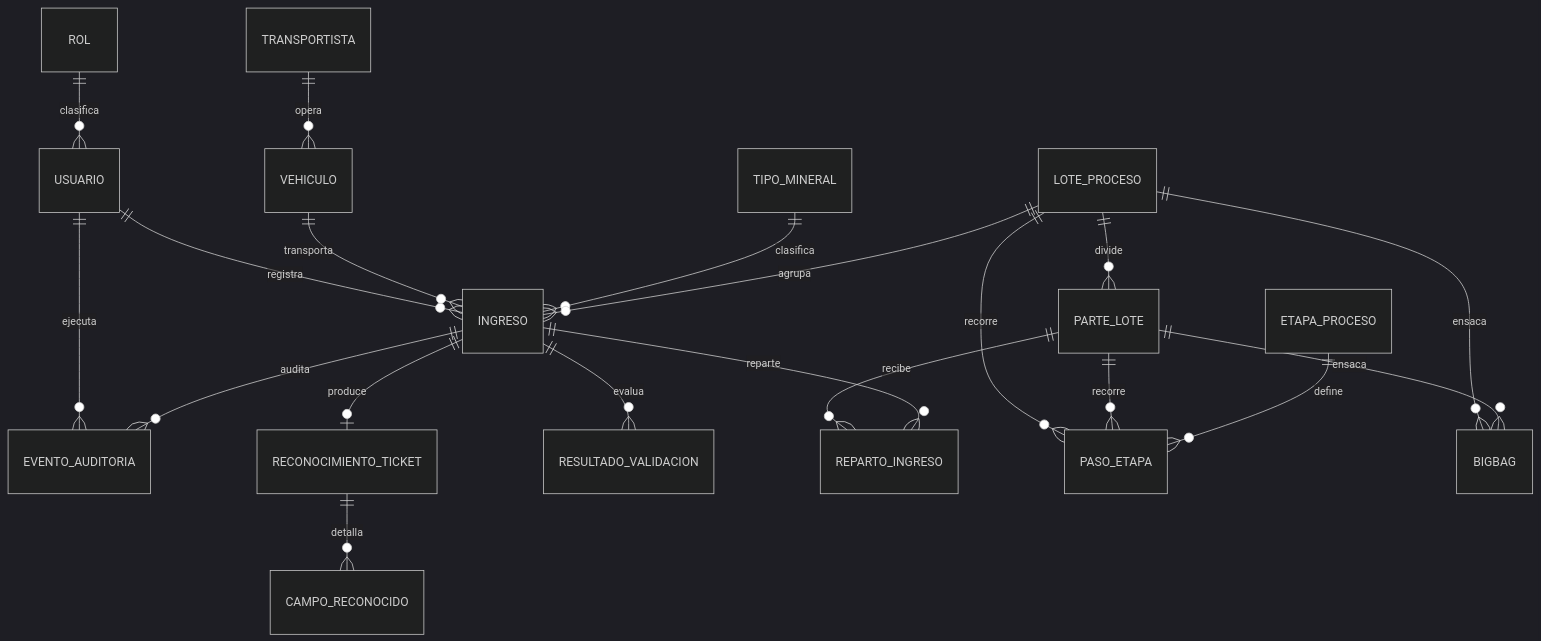
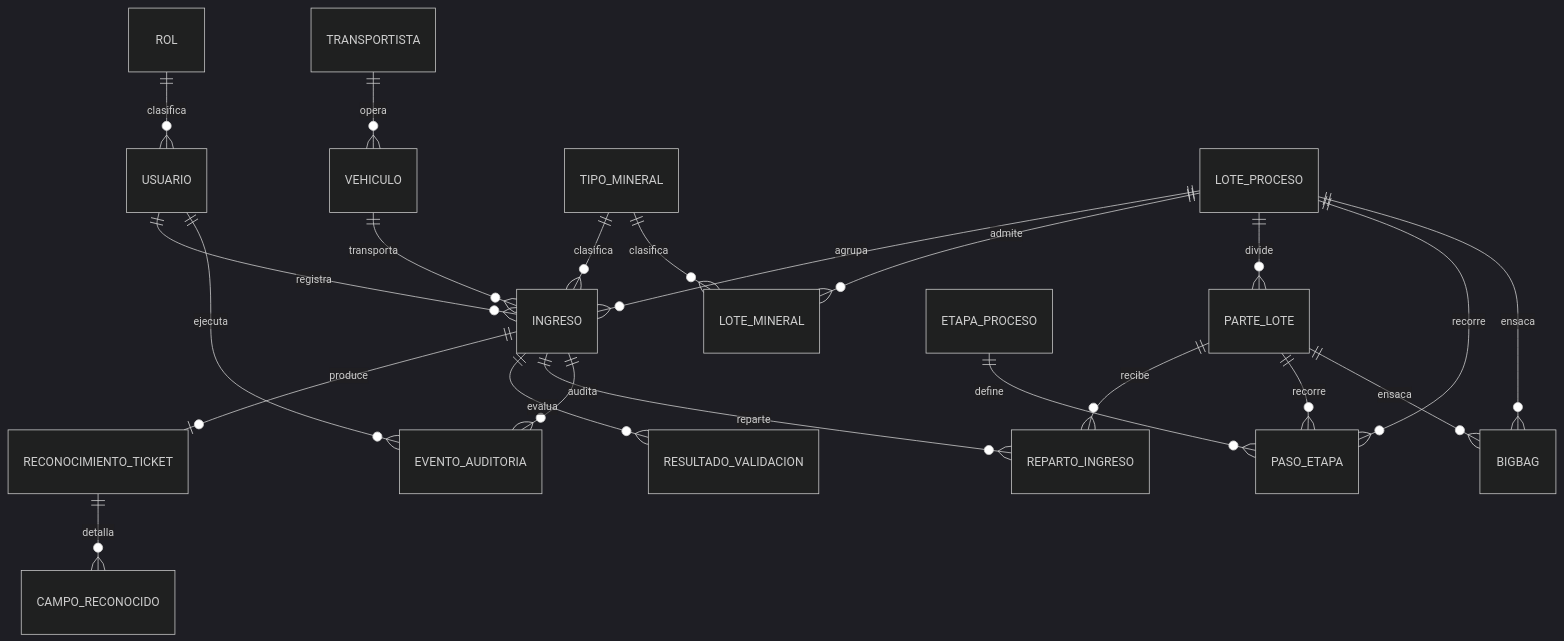
One commit to adlerOmonte1/LogisticaMinera changed the diagram in docs/00-arquitectura/modelo_datos_entidad_relacion.md. Above: the diagram before and after it, drawn with Mermaid (dark theme). The commit also changed other lines of this file and 20 other files, not shown here.

````diff
--- a/docs/00-arquitectura/modelo_datos_entidad_relacion.md
+++ b/docs/00-arquitectura/modelo_datos_entidad_relacion.md
@@ -17,26 +17,28 @@
 ```mermaid
 erDiagram
     ROL ||--o{ USUARIO : clasifica
     USUARIO ||--o{ INGRESO : registra
     USUARIO ||--o{ EVENTO_AUDITORIA : ejecuta
 
     TRANSPORTISTA ||--o{ VEHICULO : opera
     VEHICULO ||--o{ INGRESO : transporta
     TIPO_MINERAL ||--o{ INGRESO : clasifica
 
     INGRESO ||--o| RECONOCIMIENTO_TICKET : produce
     RECONOCIMIENTO_TICKET ||--o{ CAMPO_RECONOCIDO : detalla
     INGRESO ||--o{ RESULTADO_VALIDACION : evalua
 
     LOTE_PROCESO ||--o{ INGRESO : agrupa
+    LOTE_PROCESO ||--o{ LOTE_MINERAL : admite
+    TIPO_MINERAL ||--o{ LOTE_MINERAL : clasifica
     LOTE_PROCESO ||--o{ PARTE_LOTE : divide
     PARTE_LOTE ||--o{ REPARTO_INGRESO : recibe
     INGRESO ||--o{ REPARTO_INGRESO : reparte
     LOTE_PROCESO ||--o{ PASO_ETAPA : recorre
     PARTE_LOTE ||--o{ PASO_ETAPA : recorre
     ETAPA_PROCESO ||--o{ PASO_ETAPA : define
     LOTE_PROCESO ||--o{ BIGBAG : ensaca
     PARTE_LOTE ||--o{ BIGBAG : ensaca
 
     INGRESO ||--o{ EVENTO_AUDITORIA : audita
 ```
````
